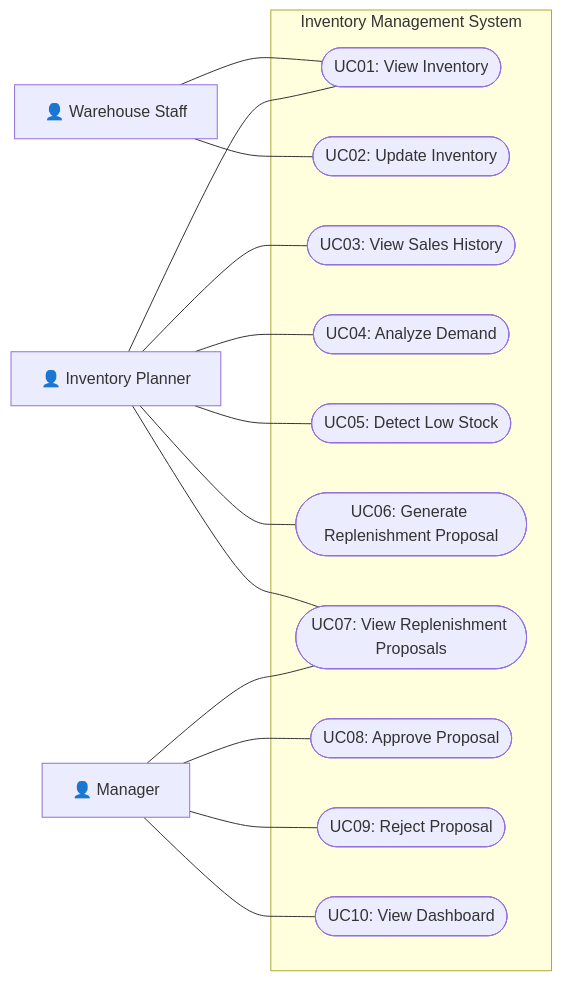
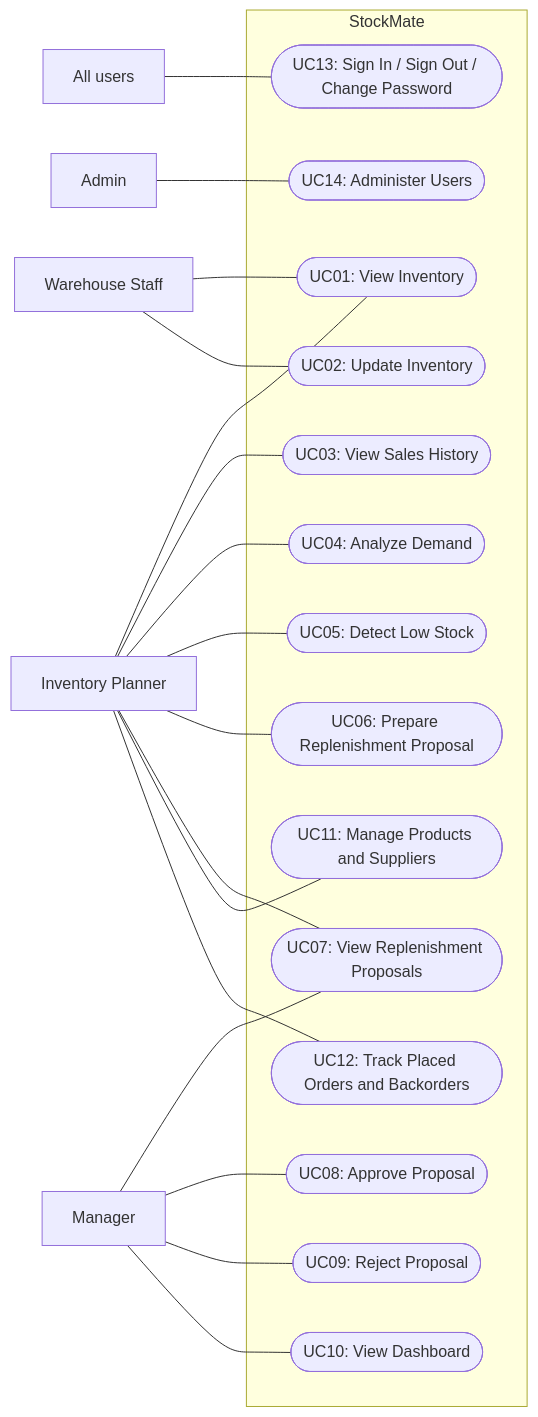
Before and after one commit to Hoang-H-Nguyen/Inventory-Management: the first of 2 diagrams in README.md, drawn with Mermaid. The commit also changed other lines of this file and 57 other files, not shown here.

Commit message:
feat: update project requirements, us, information architecture, ui/ux, etc. add c4 architecture

````diff
--- a/README.md
+++ b/README.md
@@ -41,34 +40,44 @@
-```mermaid
+~~~mermaid
 flowchart LR
-    Staff["👤 Warehouse Staff"]
-    Planner["👤 Inventory Planner"]
-    Manager["👤 Manager"]
+    Staff["Warehouse Staff"]
+    Planner["Inventory Planner"]
+    Manager["Manager"]
+    Admin["Admin"]
+    Users["All users"]
 
-    subgraph IMS["Inventory Management System"]
+    subgraph IMS["StockMate"]
+        UC13(["UC13: Sign In / Sign Out / Change Password"])
+        UC14(["UC14: Administer Users"])
         UC01(["UC01: View Inventory"])
         UC02(["UC02: Update Inventory"])
         UC03(["UC03: View Sales History"])
         UC04(["UC04: Analyze Demand"])
         UC05(["UC05: Detect Low Stock"])
-        UC06(["UC06: Generate Replenishment Proposal"])
+        UC06(["UC06: Prepare Replenishment Proposal"])
         UC07(["UC07: View Replenishment Proposals"])
         UC08(["UC08: Approve Proposal"])
         UC09(["UC09: Reject Proposal"])
         UC10(["UC10: View Dashboard"])
+        UC11(["UC11: Manage Products and Suppliers"])
+        UC12(["UC12: Track Placed Orders and Backorders"])
     end
 
+    Users --- UC13
+    Admin --- UC14
     Staff --- UC01
     Staff --- UC02
 
     Planner --- UC01
     Planner --- UC03
     Planner --- UC04
     Planner --- UC05
     Planner --- UC06
     Planner --- UC07
+    Planner --- UC11
+    Planner --- UC12
 
     Manager --- UC07
     Manager --- UC08
     Manager --- UC09
     Manager --- UC10
-```
+~~~
````
